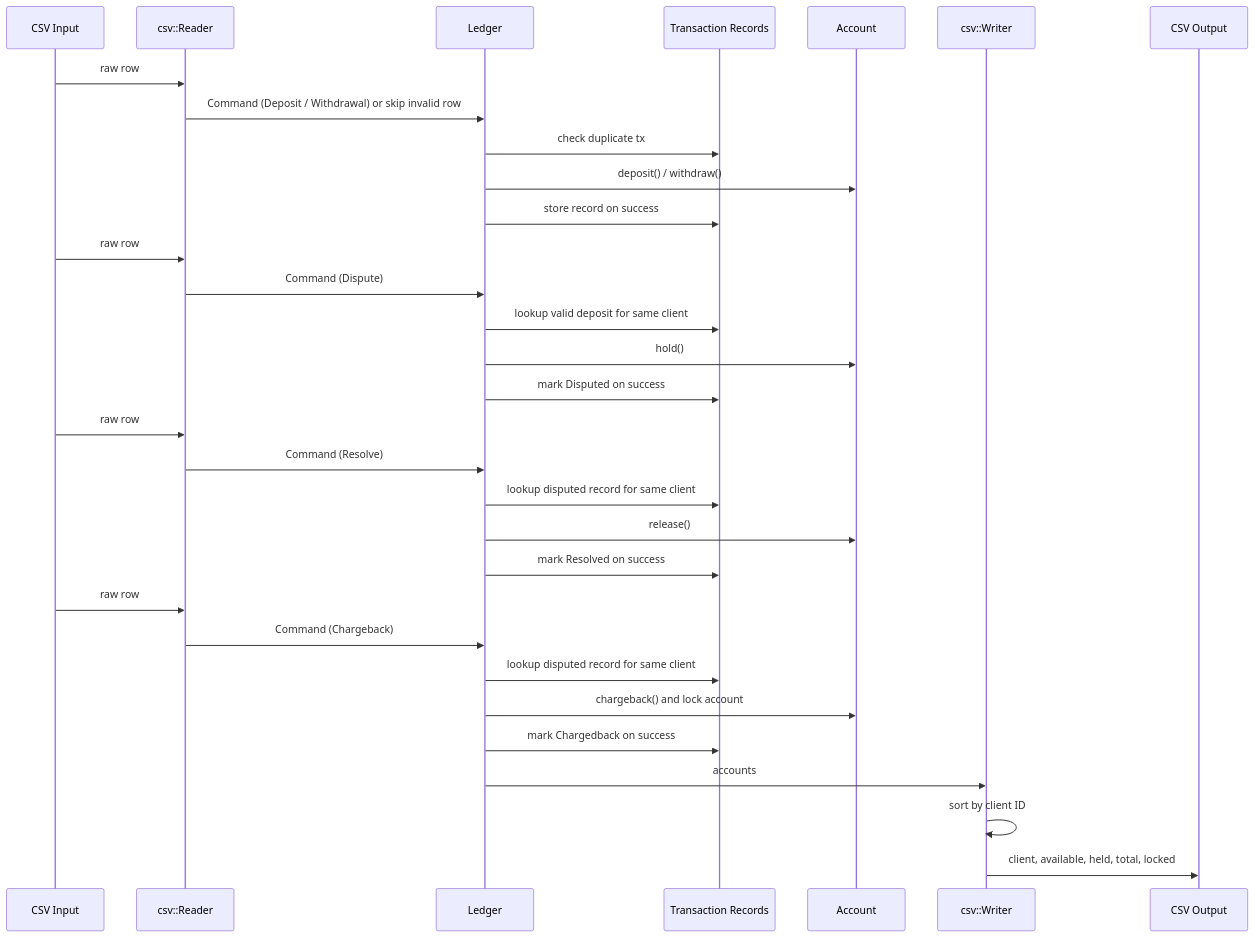
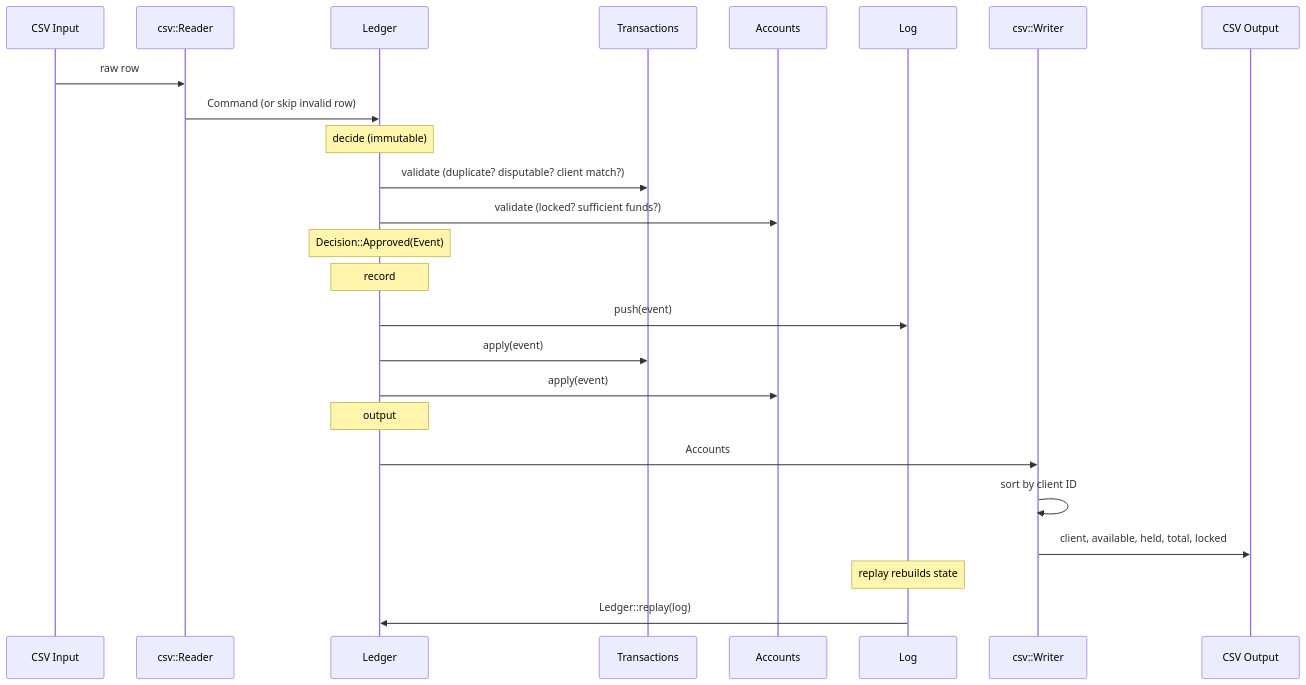
The diagram in README.md (leonardorudolfocardoso/themis), drawn with Mermaid before and after one commit. The commit also changed other lines of this file, not shown here.

Commit message:
docs: update README diagram and notes for event sourcing

````diff
--- a/README.md
+++ b/README.md
@@ -75,38 +76,32 @@
 ```mermaid
 sequenceDiagram
     participant CSV as CSV Input
     participant Reader as csv::Reader
     participant Ledger
-    participant Records as Transaction Records
-    participant Account
+    participant Txns as Transactions
+    participant Accts as Accounts
+    participant Log
     participant Writer as csv::Writer
     participant Out as CSV Output
 
     CSV->>Reader: raw row
-    Reader->>Ledger: Command (Deposit / Withdrawal) or skip invalid row
-    Ledger->>Records: check duplicate tx
-    Ledger->>Account: deposit() / withdraw()
-    Ledger->>Records: store record on success
+    Reader->>Ledger: Command (or skip invalid row)
 
-    CSV->>Reader: raw row
-    Reader->>Ledger: Command (Dispute)
-    Ledger->>Records: lookup valid deposit for same client
-    Ledger->>Account: hold()
-    Ledger->>Records: mark Disputed on success
+    Note over Ledger: decide (immutable)
+    Ledger->>Txns: validate (duplicate? disputable? client match?)
+    Ledger->>Accts: validate (locked? sufficient funds?)
+    Note over Ledger: Decision::Approved(Event)
 
-    CSV->>Reader: raw row
-    Reader->>Ledger: Command (Resolve)
-    Ledger->>Records: lookup disputed record for same client
-    Ledger->>Account: release()
-    Ledger->>Records: mark Resolved on success
+    Note over Ledger: record
+    Ledger->>Log: push(event)
+    Ledger->>Txns: apply(event)
+    Ledger->>Accts: apply(event)
 
-    CSV->>Reader: raw row
-    Reader->>Ledger: Command (Chargeback)
-    Ledger->>Records: lookup disputed record for same client
-    Ledger->>Account: chargeback() and lock account
-    Ledger->>Records: mark Chargedback on success
-
-    Ledger->>Writer: accounts
+    Note over Ledger: output
+    Ledger->>Writer: Accounts
     Writer->>Writer: sort by client ID
     Writer->>Out: client, available, held, total, locked
+
+    Note over Log: replay rebuilds state
+    Log->>Ledger: Ledger::replay(log)
 ```
````
